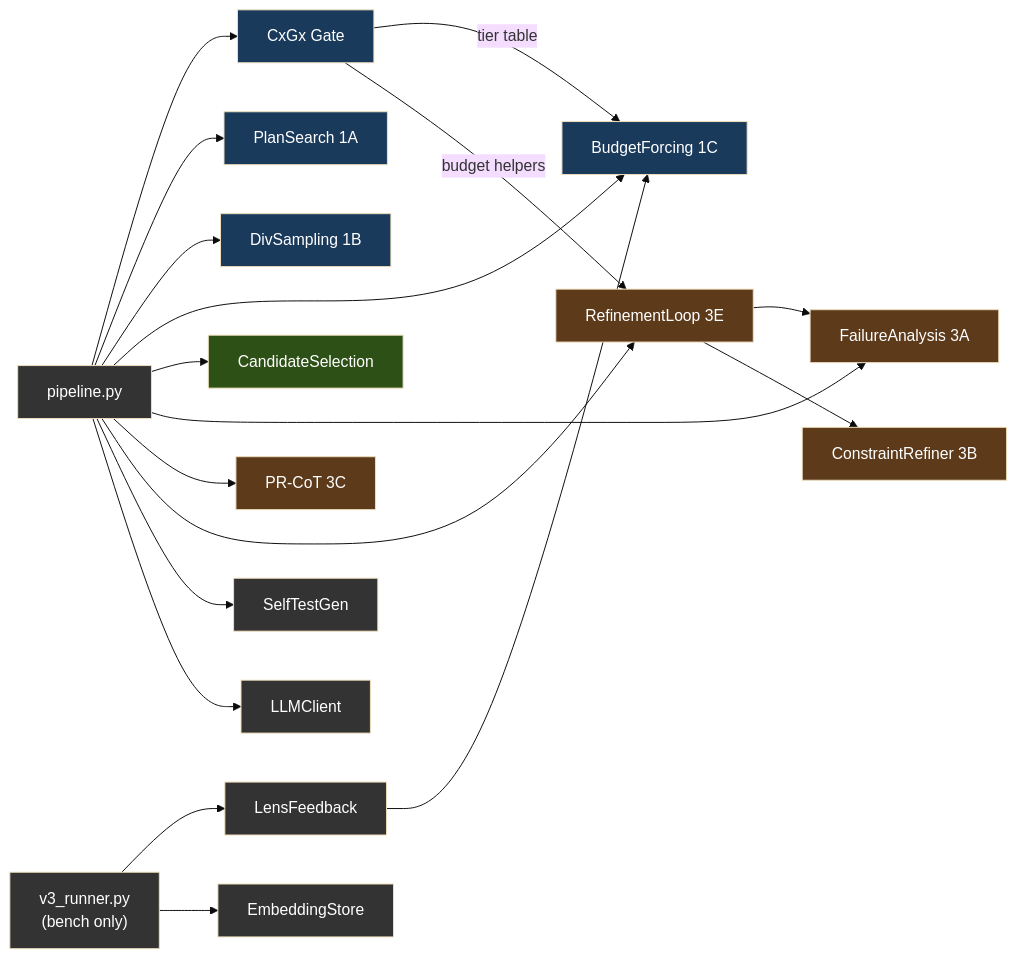
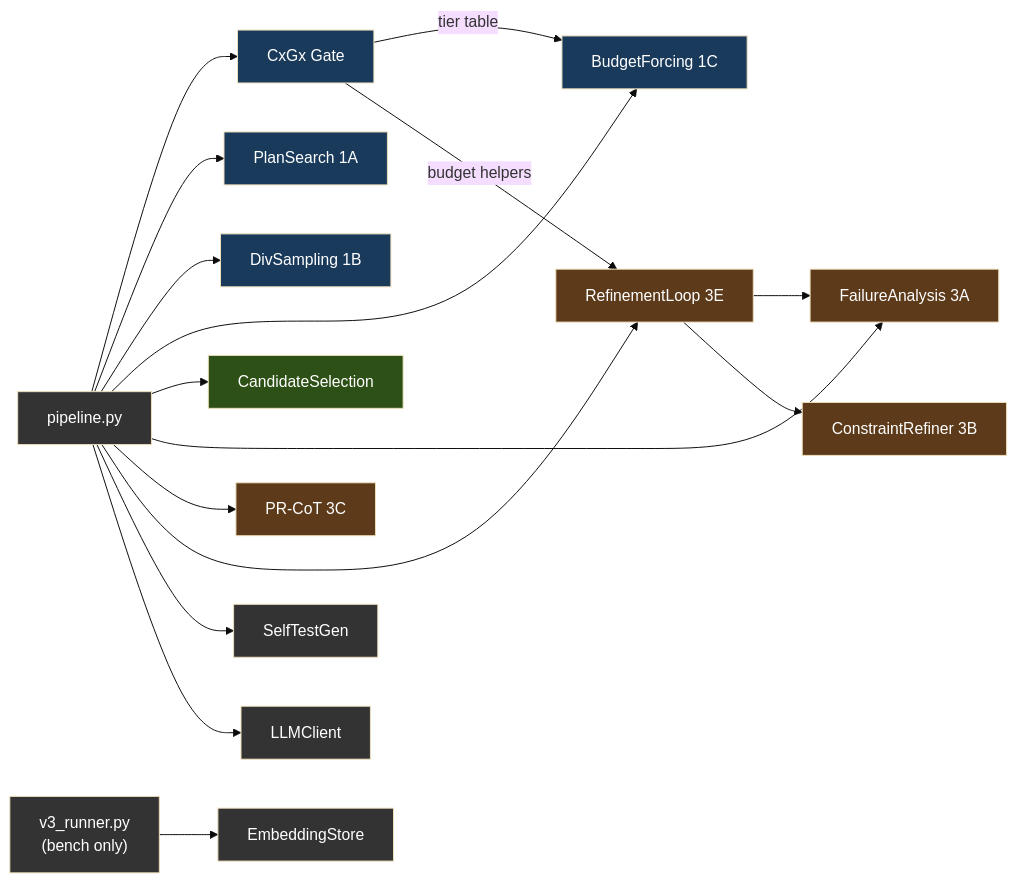
The fourth of 10 diagrams in docs/ARCHITECTURE.md (Anuj-72/Anuj-72-ATLAS), drawn with Mermaid (base theme) before and after one commit. The commit also changed other lines of this file and 28 other files, not shown here.

````diff
--- a/docs/ARCHITECTURE.md
+++ b/docs/ARCHITECTURE.md
@@ -643,37 +643,34 @@
 ```mermaid
 graph LR
     Main["pipeline.py"] --> CG["CxGx Gate"]
     Main --> PS["PlanSearch 1A"]
     Main --> DS["DivSampling 1B"]
     Main --> BF["BudgetForcing 1C"]
     Main --> CS["CandidateSelection"]
     Main --> FA["FailureAnalysis 3A"]
     Main --> PRCOT["PR-CoT 3C"]
     Main --> RL["RefinementLoop 3E"]
     Main --> STG["SelfTestGen"]
     Main --> LLM["LLMClient"]
-    Bench["v3_runner.py\n(bench only)"] --> LF["LensFeedback"]
-    Bench --> ES["EmbeddingStore"]
+    Bench["v3_runner.py\n(bench only)"] --> ES["EmbeddingStore"]
 
     RL --> FA
     RL --> CR["ConstraintRefiner 3B"]
     CG -->|"tier table"| BF
     CG -->|"budget helpers"| RL
-    LF --> BF
 
     style Main fill:#333,color:#fff
     style Bench fill:#333,color:#fff
     style CG fill:#1a3a5c,color:#fff
     style PS fill:#1a3a5c,color:#fff
     style DS fill:#1a3a5c,color:#fff
     style BF fill:#1a3a5c,color:#fff
     style CS fill:#2d5016,color:#fff
     style FA fill:#5c3a1a,color:#fff
     style CR fill:#5c3a1a,color:#fff
     style PRCOT fill:#5c3a1a,color:#fff
     style RL fill:#5c3a1a,color:#fff
     style STG fill:#333,color:#fff
     style LLM fill:#333,color:#fff
-    style LF fill:#333,color:#fff
     style ES fill:#333,color:#fff
 ```
````
